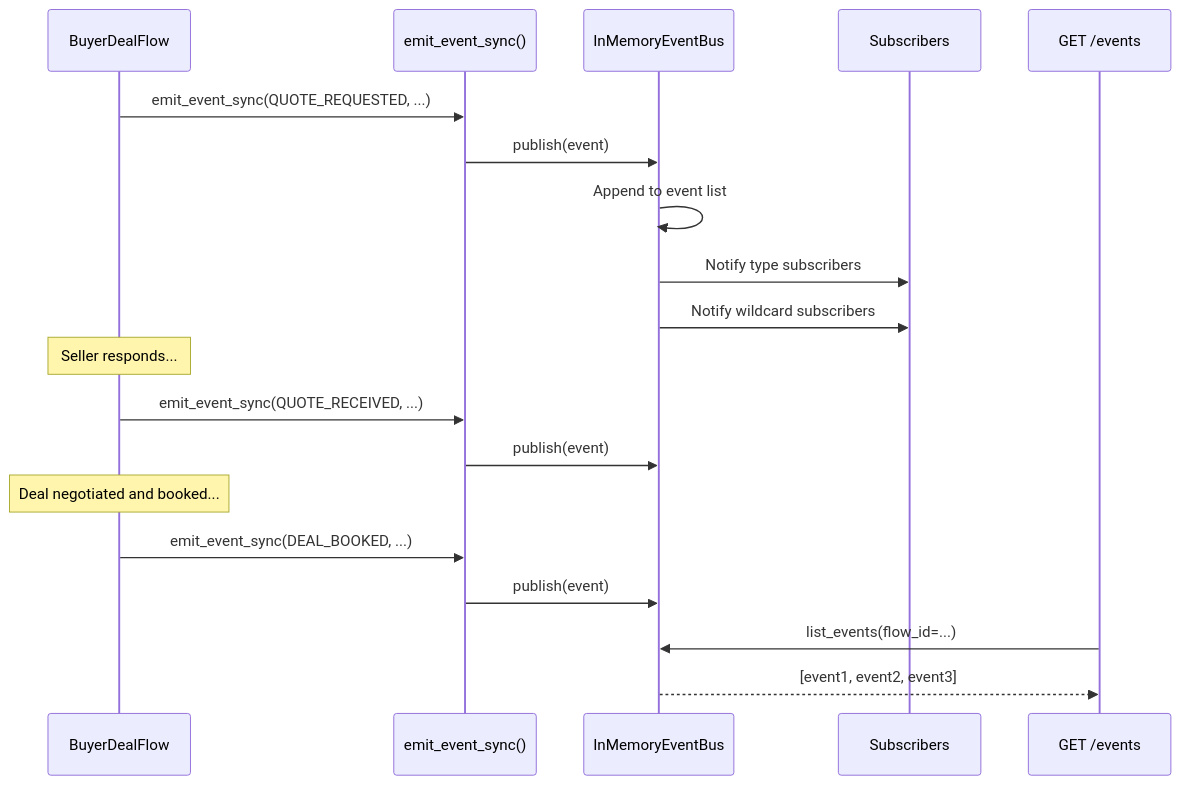
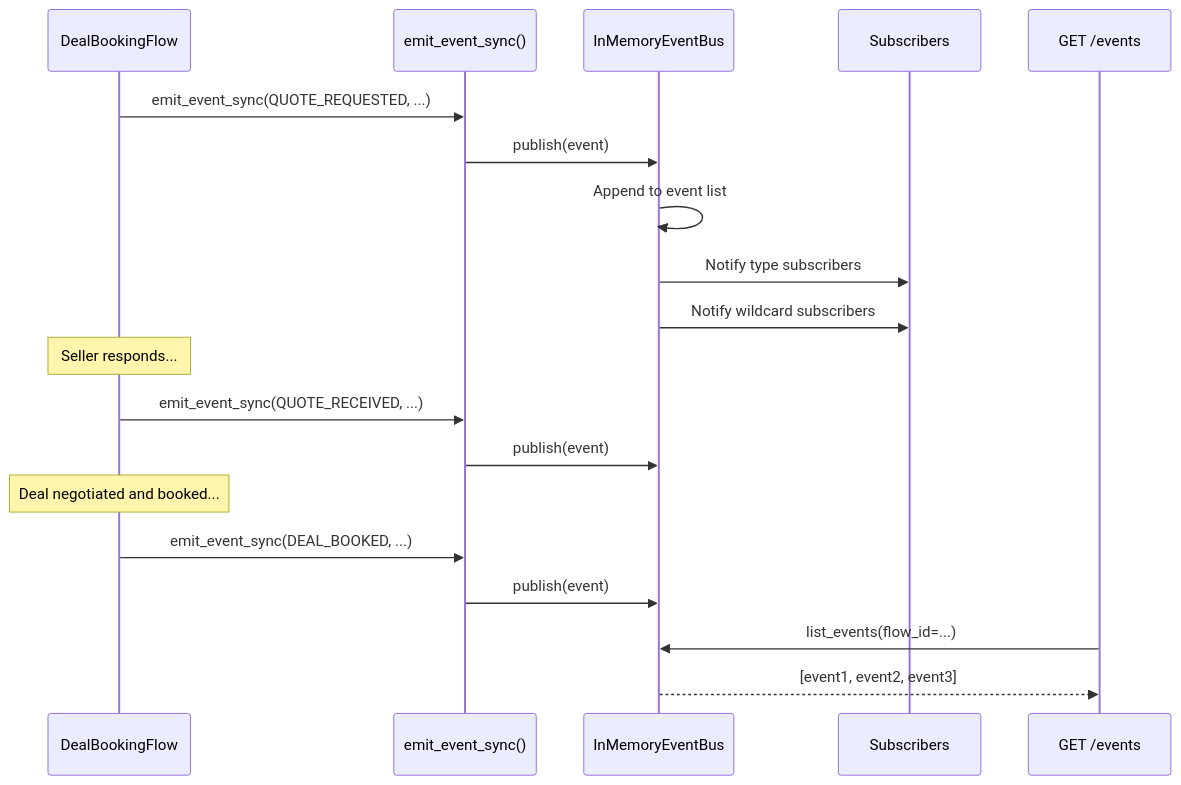
The second of 2 diagrams in docs/event-bus/overview.md (IABTechLab/buyer-agent), drawn with Mermaid before and after one commit. The commit also changed other lines of this file and 26 other files, not shown here.

````diff
--- a/docs/event-bus/overview.md
+++ b/docs/event-bus/overview.md
@@ -395,27 +394,27 @@
 ```mermaid
 sequenceDiagram
-    participant Flow as BuyerDealFlow
+    participant Flow as DealBookingFlow
     participant Helper as emit_event_sync()
     participant Bus as InMemoryEventBus
     participant Sub as Subscribers
     participant API as GET /events
 
     Flow->>Helper: emit_event_sync(QUOTE_REQUESTED, ...)
     Helper->>Bus: publish(event)
     Bus->>Bus: Append to event list
     Bus->>Sub: Notify type subscribers
     Bus->>Sub: Notify wildcard subscribers
 
     Note over Flow: Seller responds...
 
     Flow->>Helper: emit_event_sync(QUOTE_RECEIVED, ...)
     Helper->>Bus: publish(event)
 
     Note over Flow: Deal negotiated and booked...
 
     Flow->>Helper: emit_event_sync(DEAL_BOOKED, ...)
     Helper->>Bus: publish(event)
 
     API->>Bus: list_events(flow_id=...)
     Bus-->>API: [event1, event2, event3]
 ```
````
